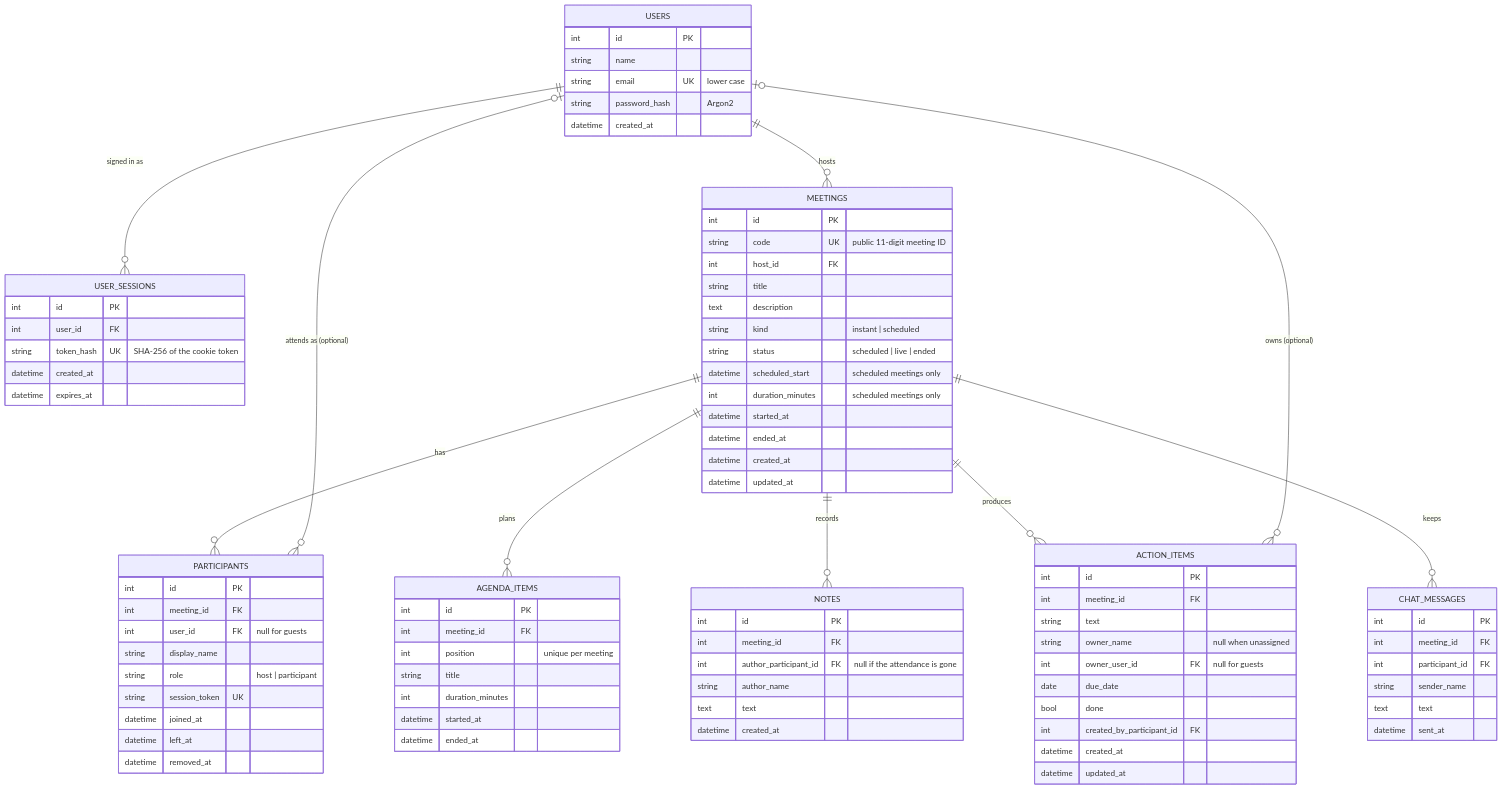
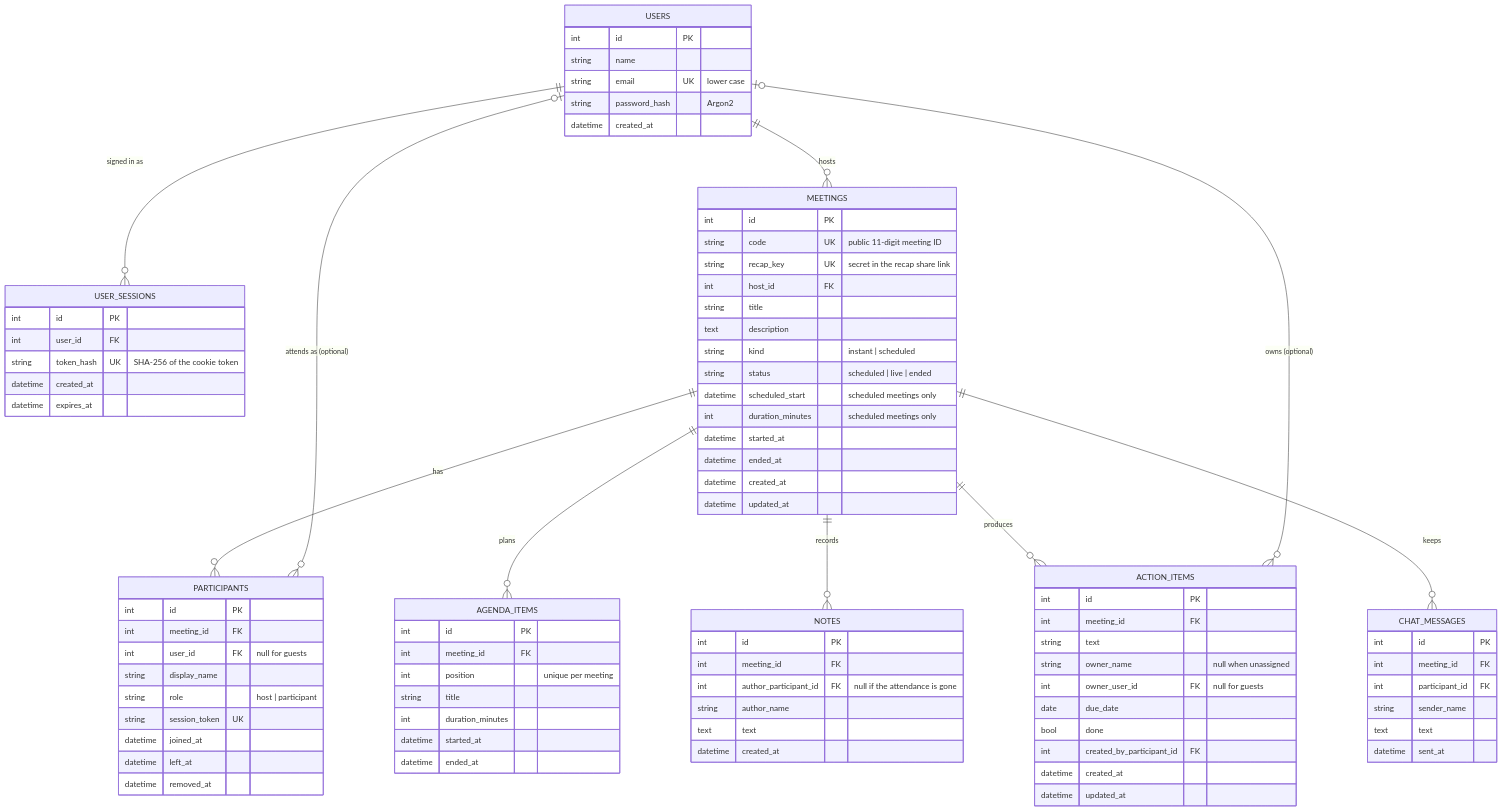
The second of 4 diagrams in docs/ARCHITECTURE.md (jpriyansh2005/Huddle-Flow), drawn with Mermaid before and after one commit. The commit also changed other lines of this file and 23 other files, not shown here.

First line of the commit message:
feat: meeting recap page with share links

```diff
--- a/docs/ARCHITECTURE.md
+++ b/docs/ARCHITECTURE.md
@@ -108,6 +115,7 @@
     MEETINGS {
         int id PK
         string code UK "public 11-digit meeting ID"
+        string recap_key UK "secret in the recap share link"
         int host_id FK
         string title
         text description
```
